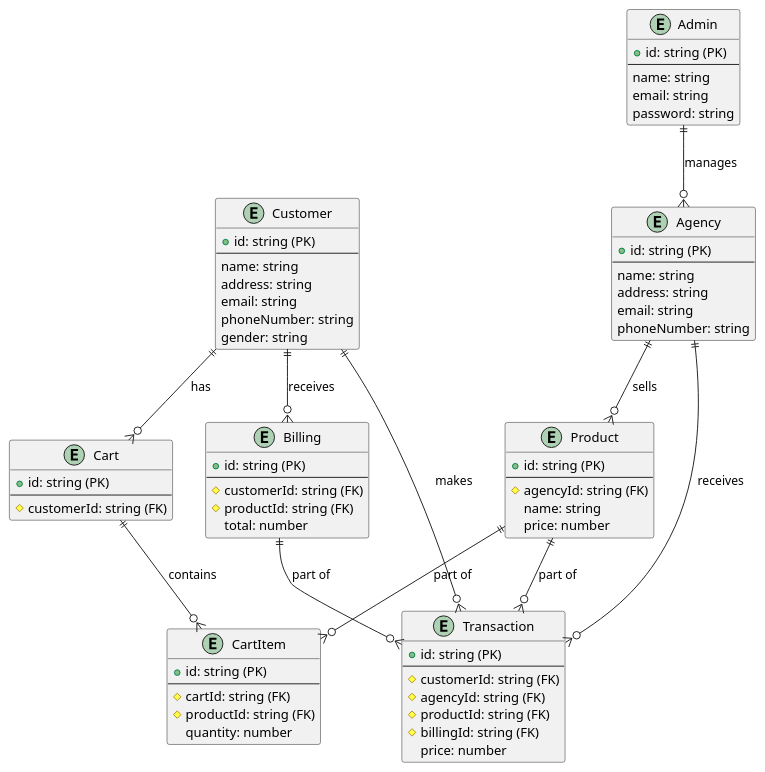
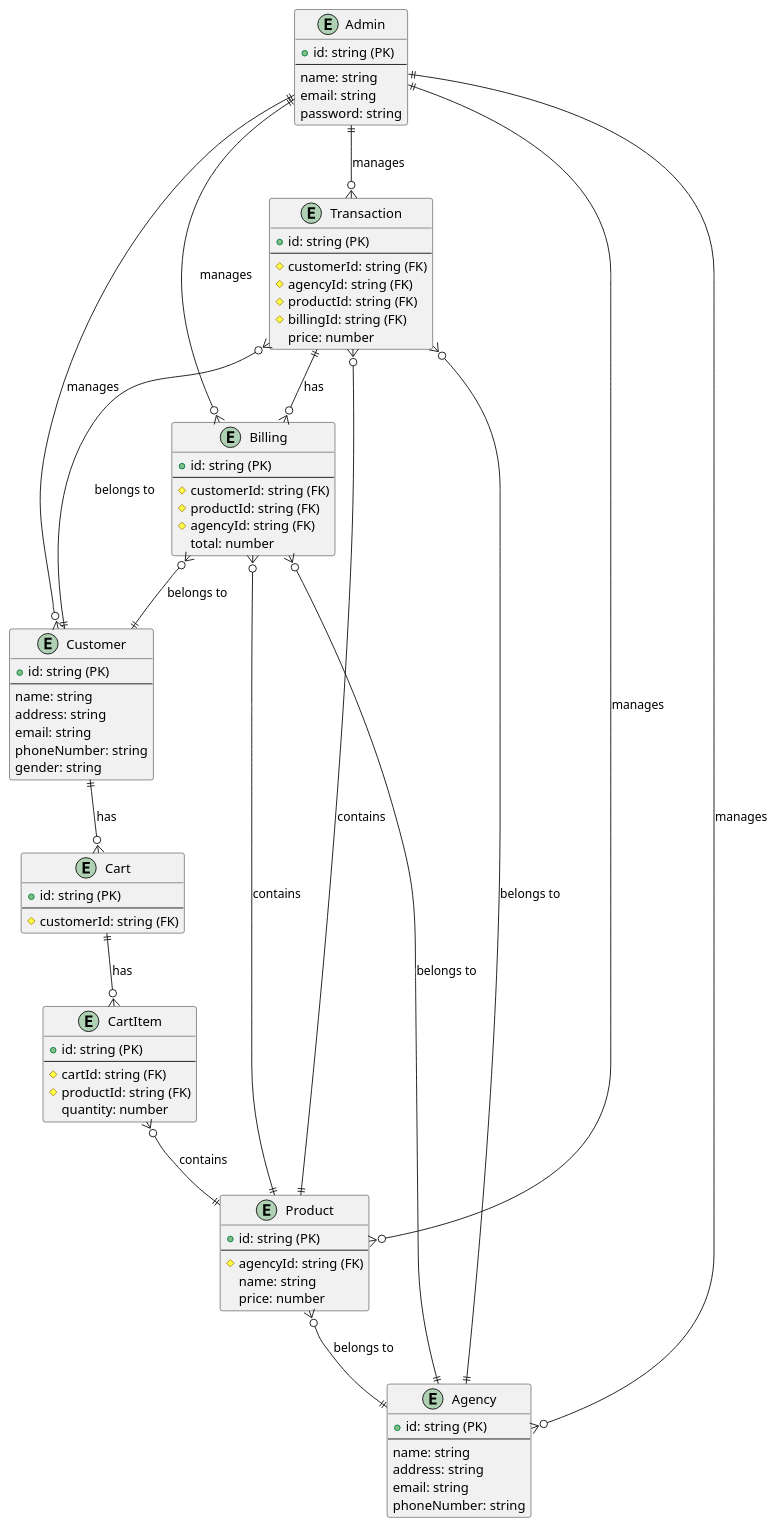
Before and after one commit to nguyenhungne/UDT-backend: the diagram in shopping-app/docs/ERD.plantuml, drawn with PlantUML.

Commit message:
update logic

```diff
--- a/shopping-app/docs/ERD.plantuml
+++ b/shopping-app/docs/ERD.plantuml
@@ -1,81 +1,88 @@
 @startuml entity-relationship-diagram
 
 entity "Customer" as customer {
   + id: string (PK)
   ---
   name: string
   address: string
   email: string
   phoneNumber: string
   gender: string
 }
 
 entity "Cart" as cart {
   + id: string (PK)
   ---
   # customerId: string (FK)
 }
 
 entity "CartItem" as cartItem {
   + id: string (PK)
   ---
   # cartId: string (FK)
   # productId: string (FK)
   quantity: number
 }
 
 entity "Transaction" as transaction {
   + id: string (PK)
   ---
   # customerId: string (FK)
   # agencyId: string (FK)
   # productId: string (FK)
   # billingId: string (FK)
   price: number
 }
 
 entity "Billing" as billing {
   + id: string (PK)
   ---
   # customerId: string (FK)
   # productId: string (FK)
+  # agencyId: string (FK)
   total: number
 }
 
 entity "Agency" as agency {
   + id: string (PK)
   ---
   name: string
   address: string
   email: string
   phoneNumber: string
 }
 
 entity "Product" as product {
   + id: string (PK)
   ---
   # agencyId: string (FK)
   name: string
   price: number
 }
 
 entity "Admin" as admin {
   + id: string (PK)
   ---
   name: string
   email: string
   password: string
 }
 
 customer ||--o{ cart : has
-customer ||--o{ transaction : makes
-customer ||--o{ billing : receives
-agency ||--o{ transaction : receives
-agency ||--o{ product : sells
-product ||--o{ transaction : part of
-billing ||--o{ transaction : part of
+cart ||--o{ cartItem : has
+cartItem }o--|| product : contains
+transaction }o--|| customer : belongs to
+transaction }o--|| agency : belongs to
+transaction }o--|| product : contains
+transaction ||--o{ billing : has
+billing }o--|| customer : belongs to
+billing }o--|| product : contains
+billing }o--|| agency : belongs to
+product }o--|| agency : belongs to
+admin ||--o{ customer : manages
 admin ||--o{ agency : manages
-cart ||--o{ cartItem : contains
-product ||--o{ cartItem : part of
+admin ||--o{ product : manages
+admin ||--o{ transaction : manages
+admin ||--o{ billing : manages
 
 @enduml
```
